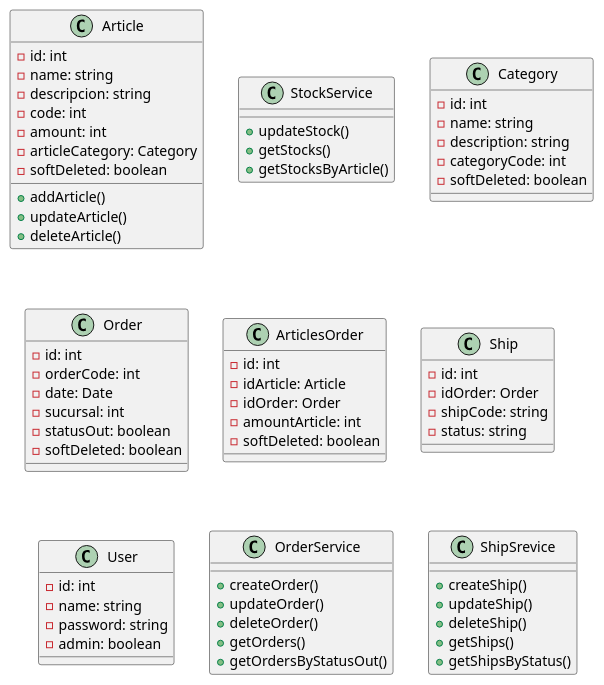
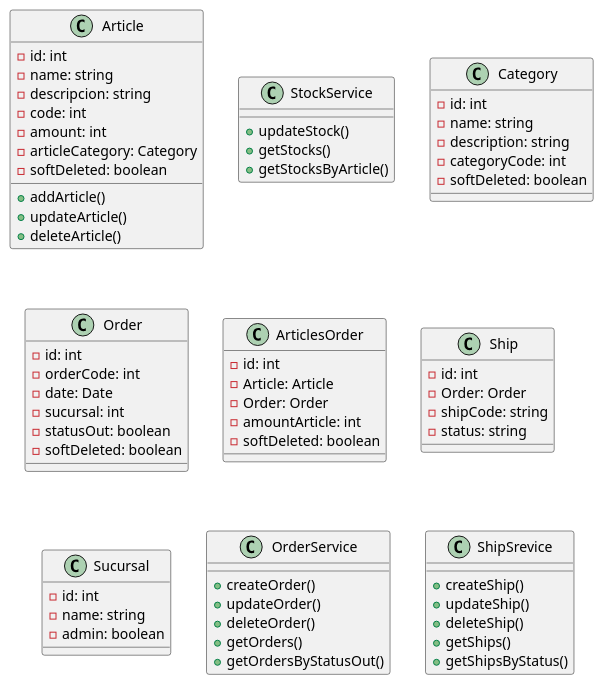
One commit to bruno212121/Ing.software changed the diagram in docs/class_diagram.puml. Above: the diagram before and after it, drawn with PlantUML. The commit also changed 10 other files, not shown here.

```diff
--- a/docs/class_diagram.puml
+++ b/docs/class_diagram.puml
@@ -1,103 +1,102 @@
 @startuml
 
 class Article {
     ' Props
     - id: int
     - name: string
     - descripcion: string
     - code: int
     - amount: int
     - articleCategory: Category
     - softDeleted: boolean
 
     ' Methods
     + addArticle()
     + updateArticle()
     + deleteArticle()
 }
 
 class StockService {
     ' Methods
     + updateStock()
     + getStocks()
     + getStocksByArticle()
 }
 
 class Category {
     ' Props
     - id: int
     - name: string
     - description: string
     - categoryCode: int
     - softDeleted: boolean
 }
 
 class Order {
     ' Props
     - id: int
     - orderCode: int
     - date: Date
     - sucursal: int
     - statusOut: boolean
     - softDeleted: boolean
 
     ' Methods
     ' + updateArticleStock()
 
 }
 
 class ArticlesOrder {
     ' Props
     - id: int
-    - idArticle: Article
-    - idOrder: Order
+    - Article: Article
+    - Order: Order
     - amountArticle: int
     - softDeleted: boolean
 
 }
 
 class Ship {
     ' Props
     - id: int
-    - idOrder: Order
+    - Order: Order
     - shipCode: string
     - status: string
     
     ' Methods
     ' + updateOrderStatusOut()
 }
 
-class User {
+class Sucursal {
     ' Props
     - id: int
     - name: string
-    - password: string
     - admin: boolean
 
     ' Methods
     ' + createAnOrder()
     ' + checkMyOrders()
     ' + updateShipStatus()
     ' + addAnArticle()
 
 }
 
 class OrderService {
     ' Methods
     + createOrder()
     + updateOrder()
     + deleteOrder()
     + getOrders()
     + getOrdersByStatusOut()
 }
 
 class ShipSrevice {
     ' Methods
     + createShip()
     + updateShip()
     + deleteShip()
     + getShips()
     + getShipsByStatus()
 }
 
 @enduml
```
